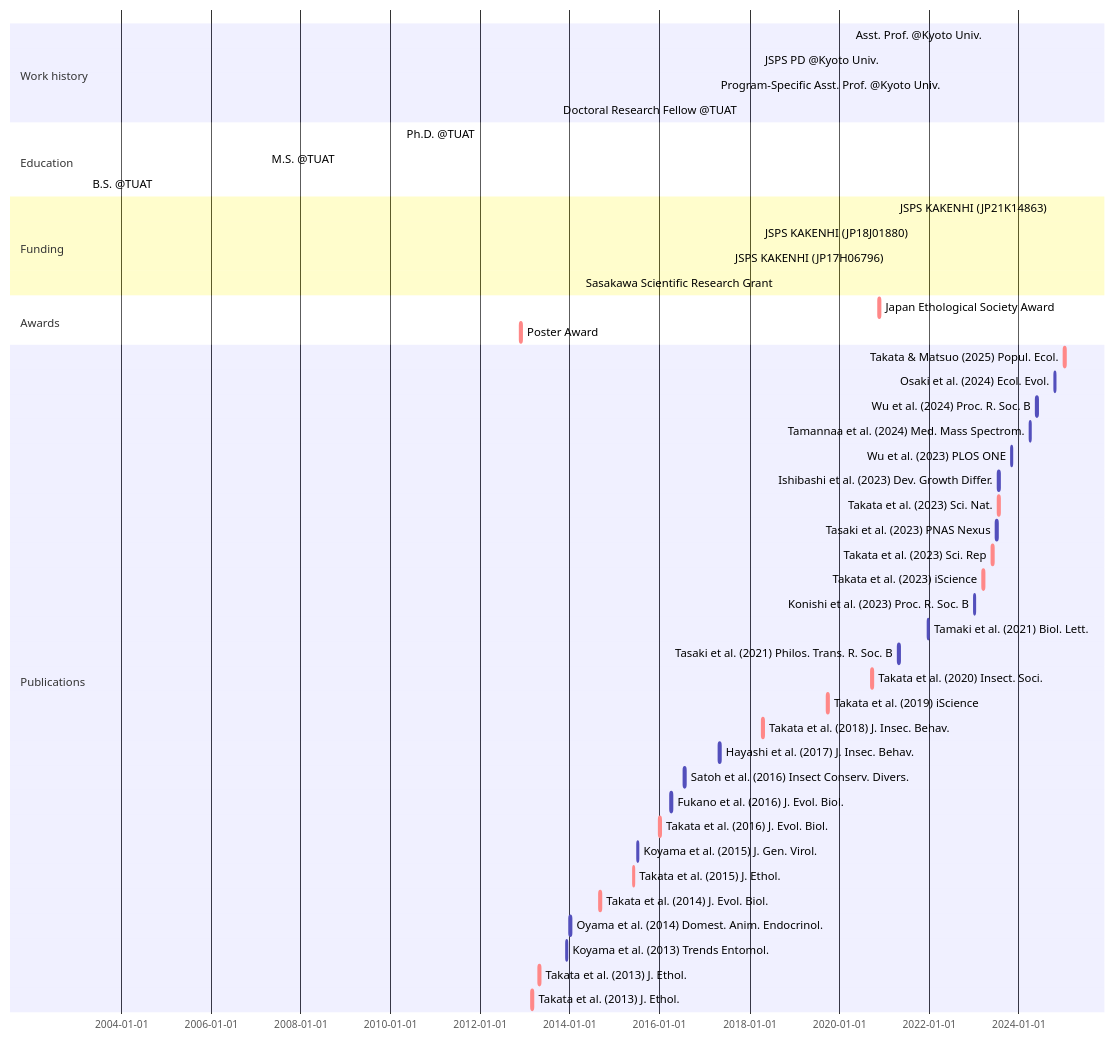
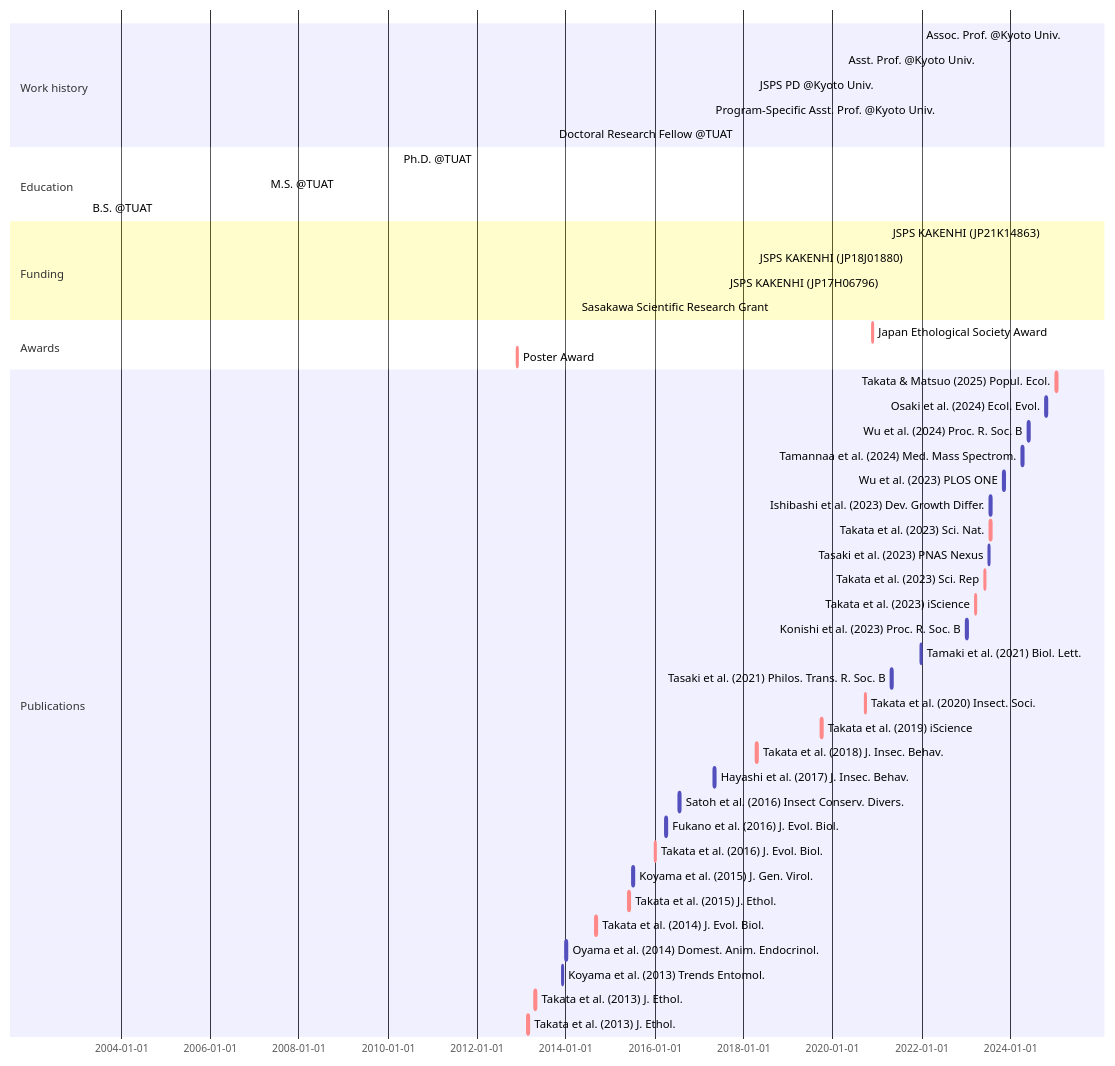
Before and after one commit to MamoruTakata/MamoruTakata.github.io: the diagram in _includes/mermaid-cv.md, drawn with Mermaid.

````diff
--- a/_includes/mermaid-cv.md
+++ b/_includes/mermaid-cv.md
@@ -1,52 +1,53 @@
 ```mermaid
 gantt
 section Work history
-  Asst. Prof. @Kyoto Univ.                      : active, Asst. Prof., 2020-04-01, 2026-03-31
+  Assoc. Prof. @Kyoto Univ.                     : active, Assoc. Prof., 2025-04-01, 2030-03-31
+  Asst. Prof. @Kyoto Univ.                      : active, Asst. Prof., 2020-04-01, 2025-03-31
   JSPS PD @Kyoto Univ.                          : active, PD, 2018-04-01, 2020-03-31
   Program-Specific Asst. Prof. @Kyoto Univ.     : active, Program-Specific Asst. Prof., 2017-04-01, 2018-03-31
   Doctoral Research Fellow @TUAT                : active, Program-Specific Asst. Prof., 2013-10-01, 2017-03-31
 
 section Education
   Ph.D. @TUAT    : Ph.D., 2010-04-01, 2013-09-18
   M.S. @TUAT     : M.S., 2007-04-01, 2010-03-31
   B.S. @TUAT     : B.S., 2003-04-01, 2007-03-31
 
 section Funding
   JSPS KAKENHI (JP21K14863)                     : active, grant_young, 2021-04-01, 2026-03-31
   JSPS KAKENHI (JP18J01880)                     : active, grant_PD, 2018-04-01, 2021-03-31
   JSPS KAKENHI (JP17H06796)                     : active, grant_start, 2017-08-01, 2018-03-31
   Sasakawa Scientific Research Grant            : active, grant_Sasagawa, 2014-04-01, 2015-03-31
 
 section Awards
   Japan Ethological Society Award               : crit, aw_2, 2020-11-21, 2w
   Poster Award                                  : crit, aw_1, 2012-11-24, 2w
 
 section Publications
   Takata & Matsuo (2025) Popul. Ecol.           : crit, Takata & Matsuo 2025, 2025-01-07, 2w
   Osaki et al. (2024) Ecol. Evol.               :       Osaki et al. 2024, 2024-10-17, 2w
   Wu et al. (2024) Proc. R. Soc. B              :       Wu et al. 2024, 2024-05-22, 2w
   Tamannaa et al. (2024) Med. Mass Spectrom.    :       Tamannaa et al. 2024, 2024-04-01, 2w
   Wu et al. (2023) PLOS ONE                     :       Wu et al. 2023, 2023-11-02, 2w
   Ishibashi et al. (2023) Dev. Growth Differ.   :       Ishibashi et al. 2023, 2023-07-18, 2w
   Takata et al. (2023) Sci. Nat.                : crit, Takata et al. 2023c, 2023-07-17, 2w
   Tasaki et al. (2023) PNAS Nexus               :       Tasaki et al. 2023, 2023-07-04, 2w
   Takata et al. (2023) Sci. Rep                 : crit, Takata et al. 2023b, 2023-05-31, 2w
   Takata et al. (2023) iScience                 : crit, Takata et al. 2023a, 2023-03-17, 2w
   Konishi et al. (2023) Proc. R. Soc. B         :       Konishi et al. 2023, 2023-01-04, 2w
   Tamaki et al. (2021) Biol. Lett.              :       Tamaki et al. 2021, 2021-12-22, 2w
   Tasaki et al. (2021) Philos. Trans. R. Soc. B :       Tasaki et al. 2021, 2021-04-26, 2w
   Takata et al. (2020) Insect. Soci.            : crit, Takata et al. 2020, 2020-09-22, 2w
   Takata et al. (2019) iScience                 : crit, Takata et al. 2019, 2019-09-27, 2w
   Takata et al. (2018) J. Insec. Behav.         : crit, Takata et al. 2018, 2018-04-14, 2w
   Hayashi et al. (2017) J. Insec. Behav.        :       Hayashi et al. 2017, 2017-04-29, 2w
   Satoh et al. (2016) Insect Conserv. Divers.   :       Satoh et al. 2016, 2016-07-16, 2w
   Fukano et al. (2016) J. Evol. Biol.           :       Fukano et al. 2016, 2016-04-01, 2w
   Takata et al. (2016) J. Evol. Biol.           : crit, Takata et al. 2016, 2016-01-01, 2w
   Koyama et al. (2015) J. Gen. Virol.           :       Koyama et al. 2015, 2015-07-01, 2w
   Takata et al. (2015) J. Ethol.                : crit, Takata et al. 2015, 2015-05-28, 2w
   Takata et al. (2014) J. Evol. Biol.           : crit, Takata et al. 2014, 2014-09-01, 2w
   Oyama et al. (2014) Domest. Anim. Endocrinol. :       Oyama et al. 2014, 2014-01-01, 2w
   Koyama et al. (2013) Trends Entomol.          :       Koyama et al. 2013, 2013-12-01, 2w
   Takata et al. (2013) J. Ethol.                : crit, Takata et al. 2015b, 2013-04-21, 2w
   Takata et al. (2013) J. Ethol.                : crit, Takata et al. 2015a, 2013-02-23, 2w
 ```
````
